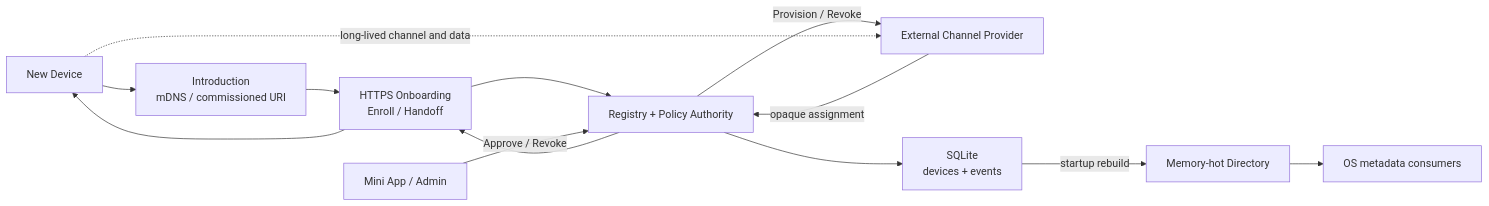
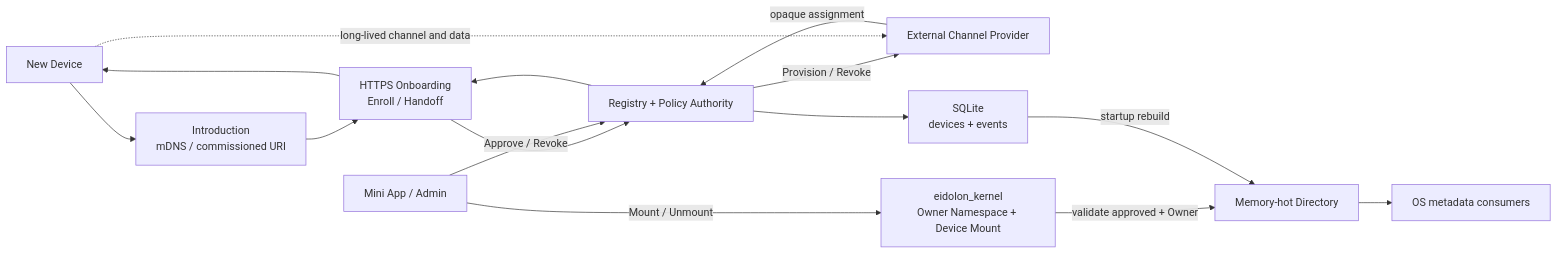
One commit to eidolon-os/eidolon_hub changed the first of 2 diagrams in docs/architecture/hub-three-plane.md. Above: the diagram before and after it, drawn with Mermaid. The commit also changed other lines of this file and 45 other files, not shown here.

````diff
--- a/docs/architecture/hub-three-plane.md
+++ b/docs/architecture/hub-three-plane.md
@@ -5,19 +5,22 @@
 ```mermaid
 flowchart LR
     Device["New Device"]
     Intro["Introduction<br/>mDNS / commissioned URI"]
     Onboarding["HTTPS Onboarding<br/>Enroll / Handoff"]
     Core["Registry + Policy Authority"]
     App["Mini App / Admin"]
     Provider["External Channel Provider"]
+    Kernel["eidolon_kernel<br/>Owner Namespace + Device Mount"]
     Memory["Memory-hot Directory"]
     DB["SQLite<br/>devices + events"]
     Consumers["OS metadata consumers"]
 
     Device --> Intro --> Onboarding --> Core
     App -->|"Approve / Revoke"| Core
+    App -->|"Mount / Unmount"| Kernel
+    Kernel -->|"validate approved + Owner"| Memory
     Core -->|"Provision / Revoke"| Provider
     Provider -->|"opaque assignment"| Core --> Onboarding --> Device
     Device -. "long-lived channel and data" .-> Provider
     Core --> DB -->|"startup rebuild"| Memory --> Consumers
 ```
````
